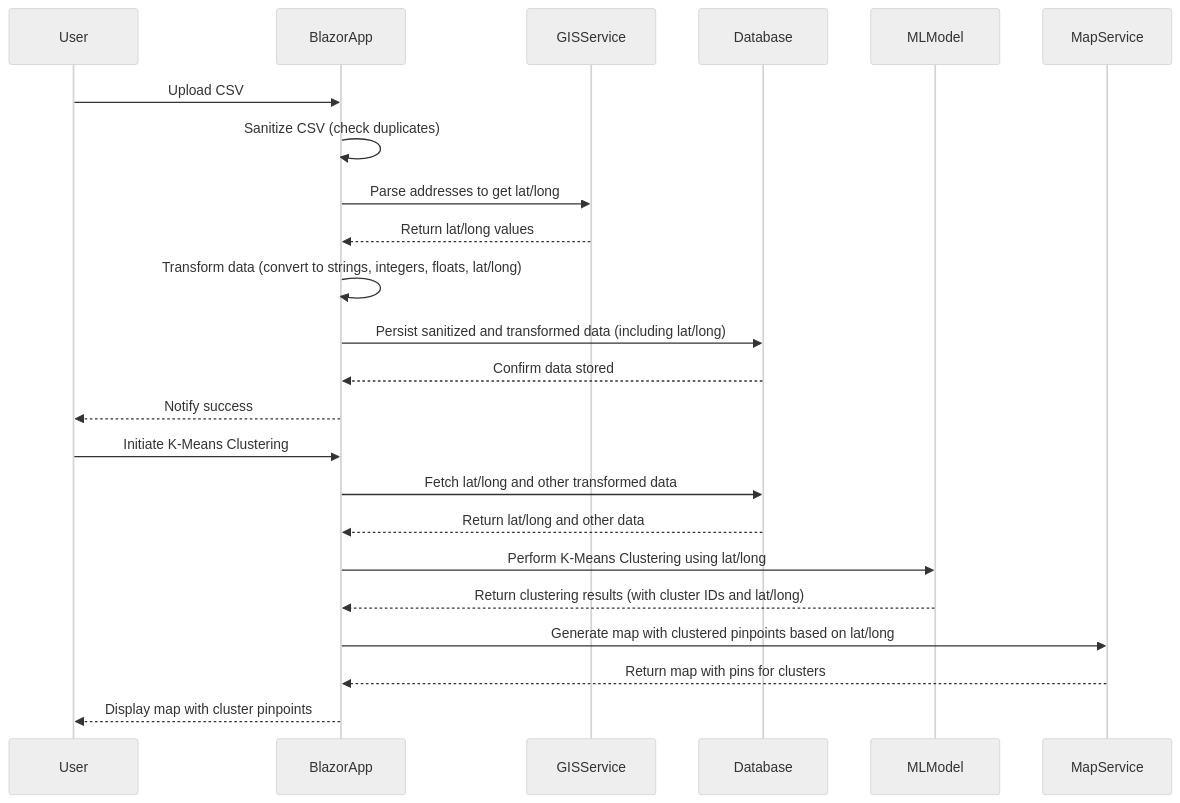
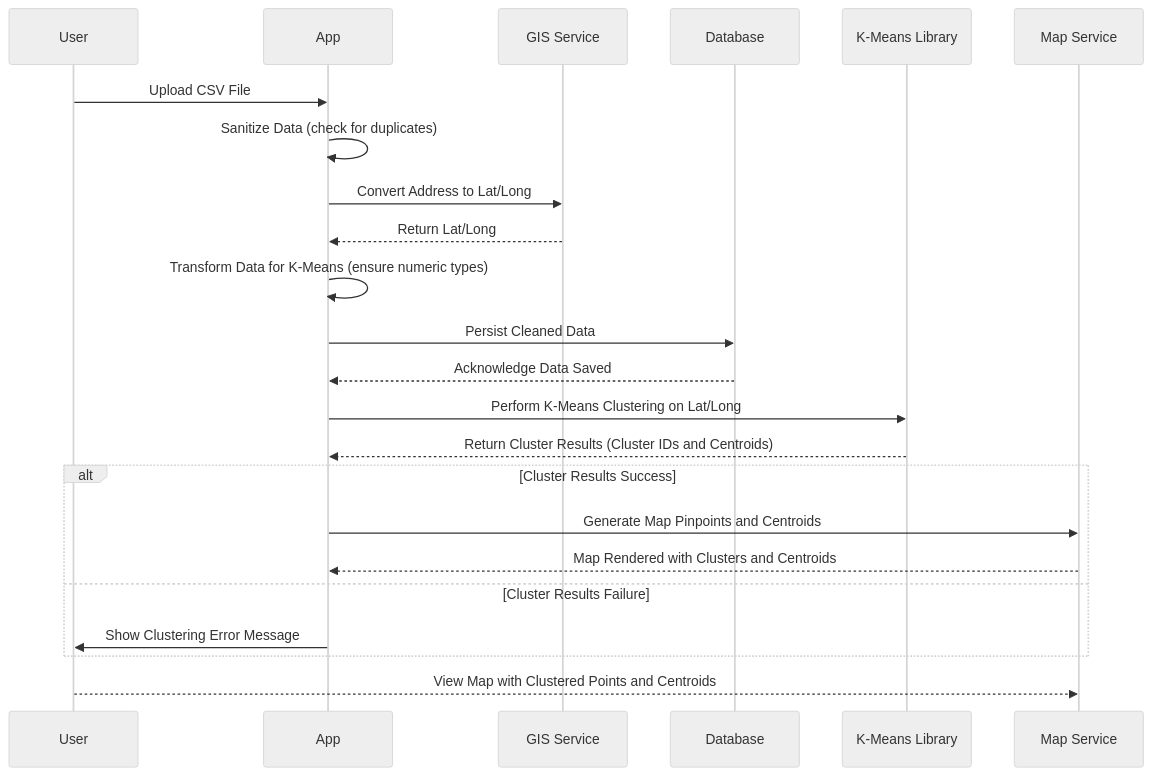
Before and after one commit to Despicable-Nin/Solution1: the diagram in README.mmd, drawn with Mermaid (neutral theme). The commit also changed 2 other files, not shown here.

```diff
--- a/README.mmd
+++ b/README.mmd
@@ -1,32 +1,28 @@
 sequenceDiagram
     participant User
-    participant BlazorApp
-    participant GISService
+    participant App
+    participant GISService as GIS Service
     participant Database
+    participant ML as K-Means Library
+    participant Map as Map Service
 
-    User->>BlazorApp: Upload CSV
-    BlazorApp->>BlazorApp: Sanitize CSV (check duplicates)
-    BlazorApp->>GISService: Parse addresses to get lat/long
-    GISService-->>BlazorApp: Return lat/long values
-    BlazorApp->>BlazorApp: Transform data (convert to strings, integers, floats, lat/long)
-    BlazorApp->>Database: Persist sanitized and transformed data (including lat/long)
-    Database-->>BlazorApp: Confirm data stored
-    BlazorApp-->>User: Notify success
+    User->>App: Upload CSV File
+    App->>App: Sanitize Data (check for duplicates)
+    App->>GISService: Convert Address to Lat/Long
+    GISService-->>App: Return Lat/Long
+    App->>App: Transform Data for K-Means (ensure numeric types)
+    
+    App->>Database: Persist Cleaned Data
+    Database-->>App: Acknowledge Data Saved
 
+    App->>ML: Perform K-Means Clustering on Lat/Long
+    ML-->>App: Return Cluster Results (Cluster IDs and Centroids)
 
-    participant User
-    participant BlazorApp
-    participant Database
-    participant MLModel
-    participant MapService
+    alt Cluster Results Success
+        App->>Map: Generate Map Pinpoints and Centroids
+        Map-->>App: Map Rendered with Clusters and Centroids
+    else Cluster Results Failure
+        App->>User: Show Clustering Error Message
+    end
 
-    User->>BlazorApp: Initiate K-Means Clustering
-    BlazorApp->>Database: Fetch lat/long and other transformed data
-    Database-->>BlazorApp: Return lat/long and other data
-
-    BlazorApp->>MLModel: Perform K-Means Clustering using lat/long
-    MLModel-->>BlazorApp: Return clustering results (with cluster IDs and lat/long)
-
-    BlazorApp->>MapService: Generate map with clustered pinpoints based on lat/long
-    MapService-->>BlazorApp: Return map with pins for clusters
-    BlazorApp-->>User: Display map with cluster pinpoints
+    User-->>Map: View Map with Clustered Points and Centroids
```
